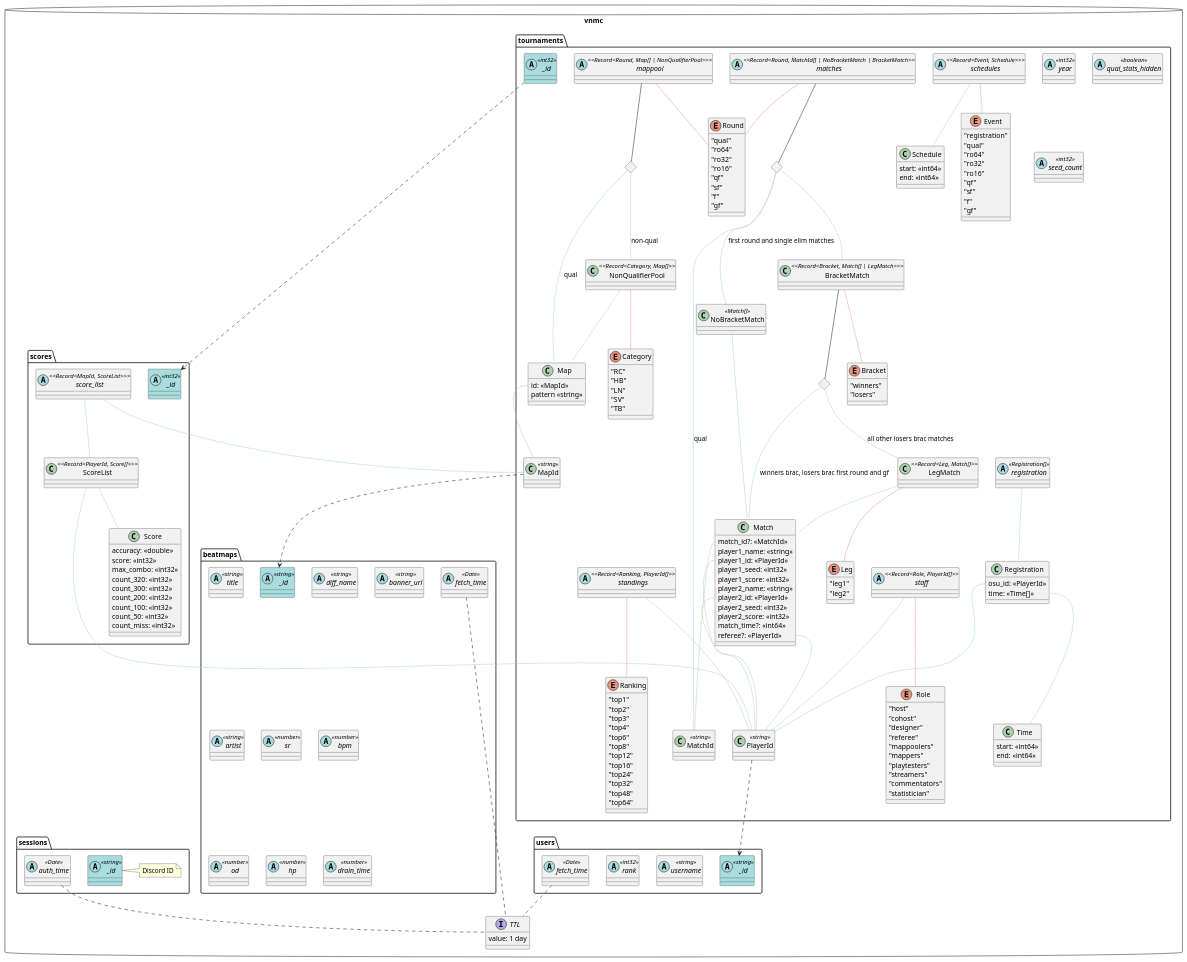
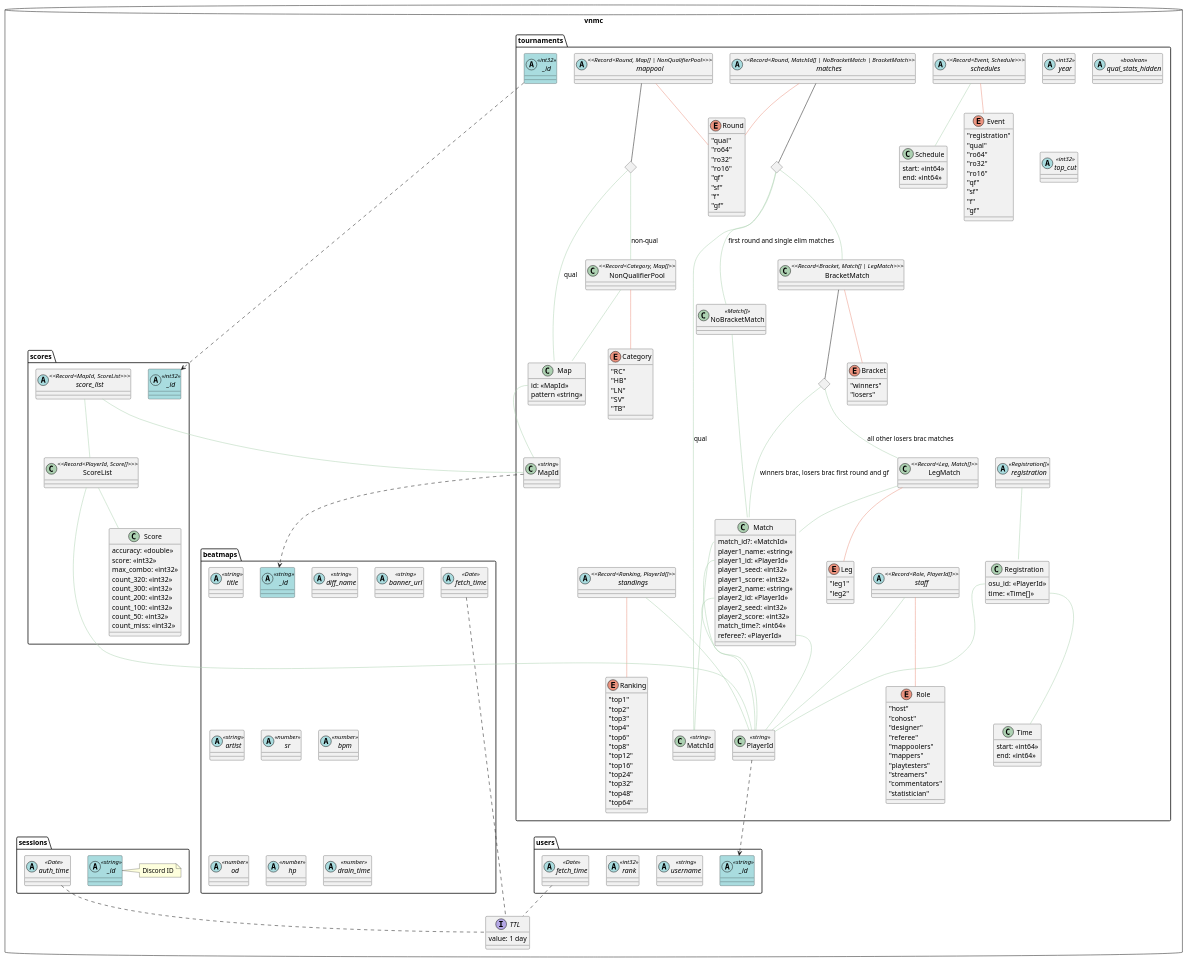
Before and after one commit to vnmc-ecosystem/vnmc-designs: the diagram in bot-db-schema/schema.puml, drawn with PlantUML.

Commit message:
fix(schema/tournament) rename `seed_count` to `top_cut`

```diff
--- a/bot-db-schema/schema.puml
+++ b/bot-db-schema/schema.puml
@@ -118,7 +118,7 @@
 		}
 
 		abstract qual_stats_hidden <<boolean>>
-		abstract seed_count <<int32>>
+		abstract top_cut <<int32>>
 
 		class PlayerId <<string>>
 	}
```
